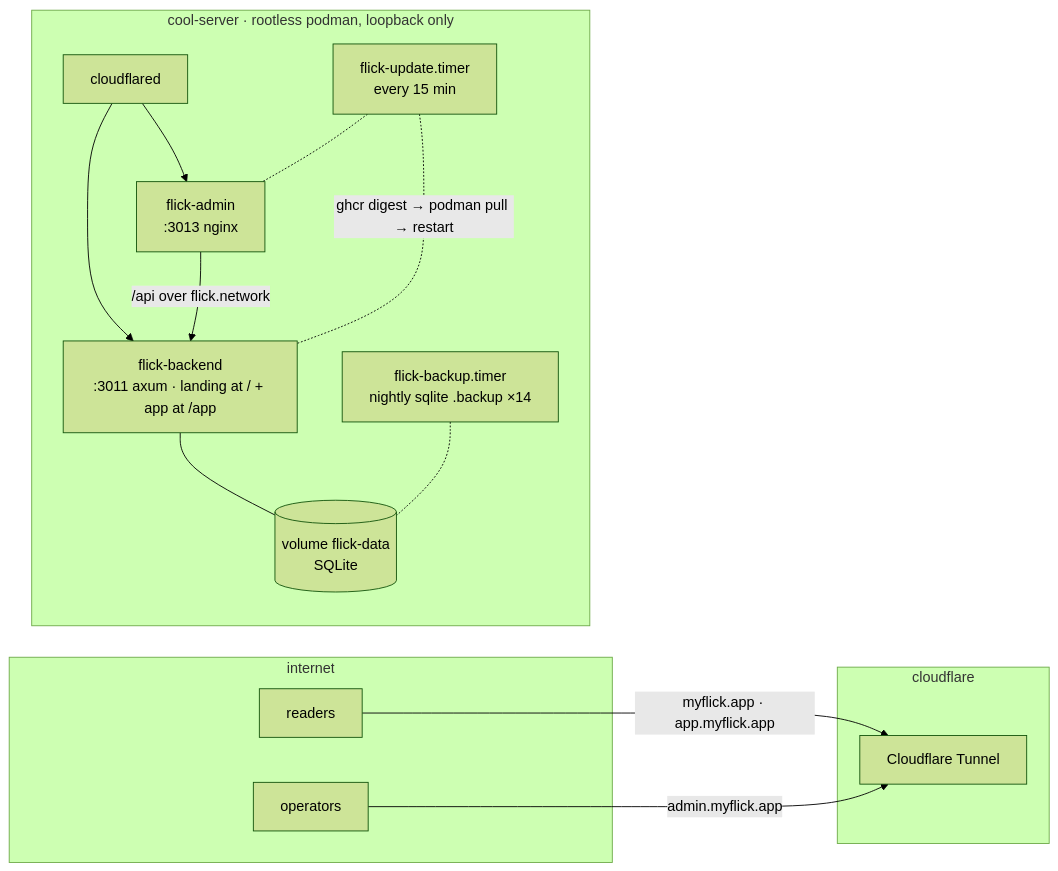
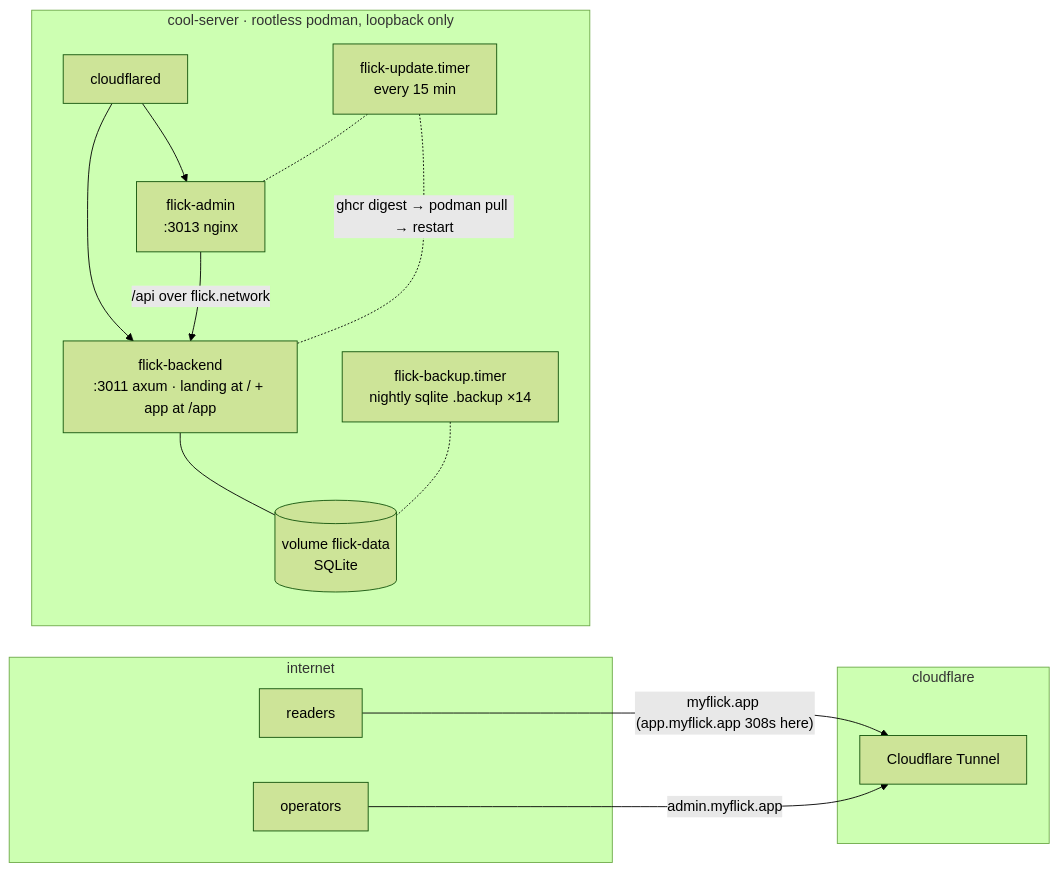
One commit to one-more-refactor/flick changed the fourth of 4 diagrams in docs/architecture.md. Above: the diagram before and after it, drawn with Mermaid (forest theme). The commit also changed other lines of this file and 3 other files, not shown here.

First line of the commit message:
docs: the landing is native and myflick.app is the one origin

````diff
--- a/docs/architecture.md
+++ b/docs/architecture.md
@@ -189,21 +189,21 @@
 ```mermaid
 flowchart LR
     subgraph internet
         u["readers"]
         o["operators"]
     end
     subgraph cloudflare
         cf["Cloudflare Tunnel"]
     end
-    u -- "myflick.app · app.myflick.app" --> cf
+    u -- "myflick.app (app.myflick.app 308s here)" --> cf
     o -- "admin.myflick.app" --> cf
     subgraph box["cool-server · rootless podman, loopback only"]
         cfd["cloudflared"] --> b["flick-backend<br/>:3011 axum · landing at / + app at /app"]
         cfd --> a["flick-admin<br/>:3013 nginx"]
         a -- "/api over flick.network" --> b
         b --- v[("volume flick-data<br/>SQLite")]
         t["flick-update.timer<br/>every 15 min"] -. "ghcr digest → podman pull → restart" .- b
         t -.- a
         bk["flick-backup.timer<br/>nightly sqlite .backup ×14"] -.- v
     end
 ```
````
